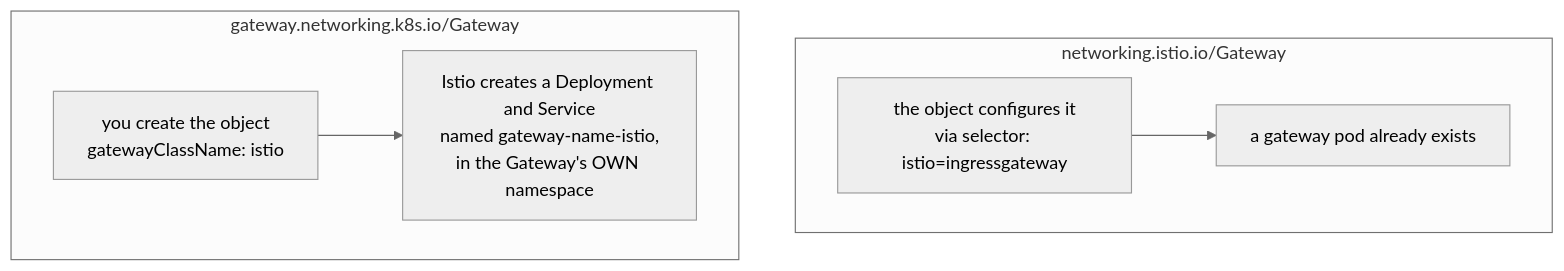
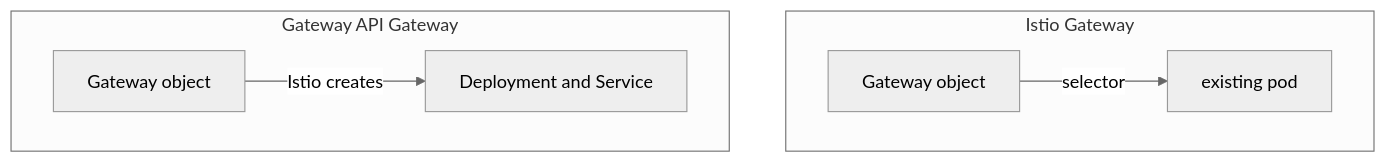
Before and after one commit to astrona-io/ATS014: the diagram in sections/section-060/module-03/course-02-a-gateway-that-creates-its-own-data-plane.md, drawn with Mermaid (neutral theme). The commit also changed other lines of this file and 444 other files, not shown here.

````diff
--- a/sections/section-060/module-03/course-02-a-gateway-that-creates-its-own-data-plane.md
+++ b/sections/section-060/module-03/course-02-a-gateway-that-creates-its-own-data-plane.md
@@ -9,13 +7,9 @@
 ```mermaid
-flowchart TD
-    subgraph L["networking.istio.io/Gateway"]
-      A1["a gateway pod already exists"]
-      A2["the object configures it<br/>via selector: istio=ingressgateway"]
-      A2 --> A1
+flowchart TB
+    subgraph L["Istio Gateway"]
+      A2["Gateway object"] -->|"selector"| A1["existing pod"]
     end
-    subgraph R["gateway.networking.k8s.io/Gateway"]
-      B1["you create the object<br/>gatewayClassName: istio"]
-      B2["Istio creates a Deployment and Service<br/>named gateway-name-istio,<br/>in the Gateway's OWN namespace"]
-      B1 --> B2
+    subgraph R["Gateway API Gateway"]
+      B1["Gateway object"] -->|"Istio creates"| B2["Deployment and Service"]
     end
 ```
````
